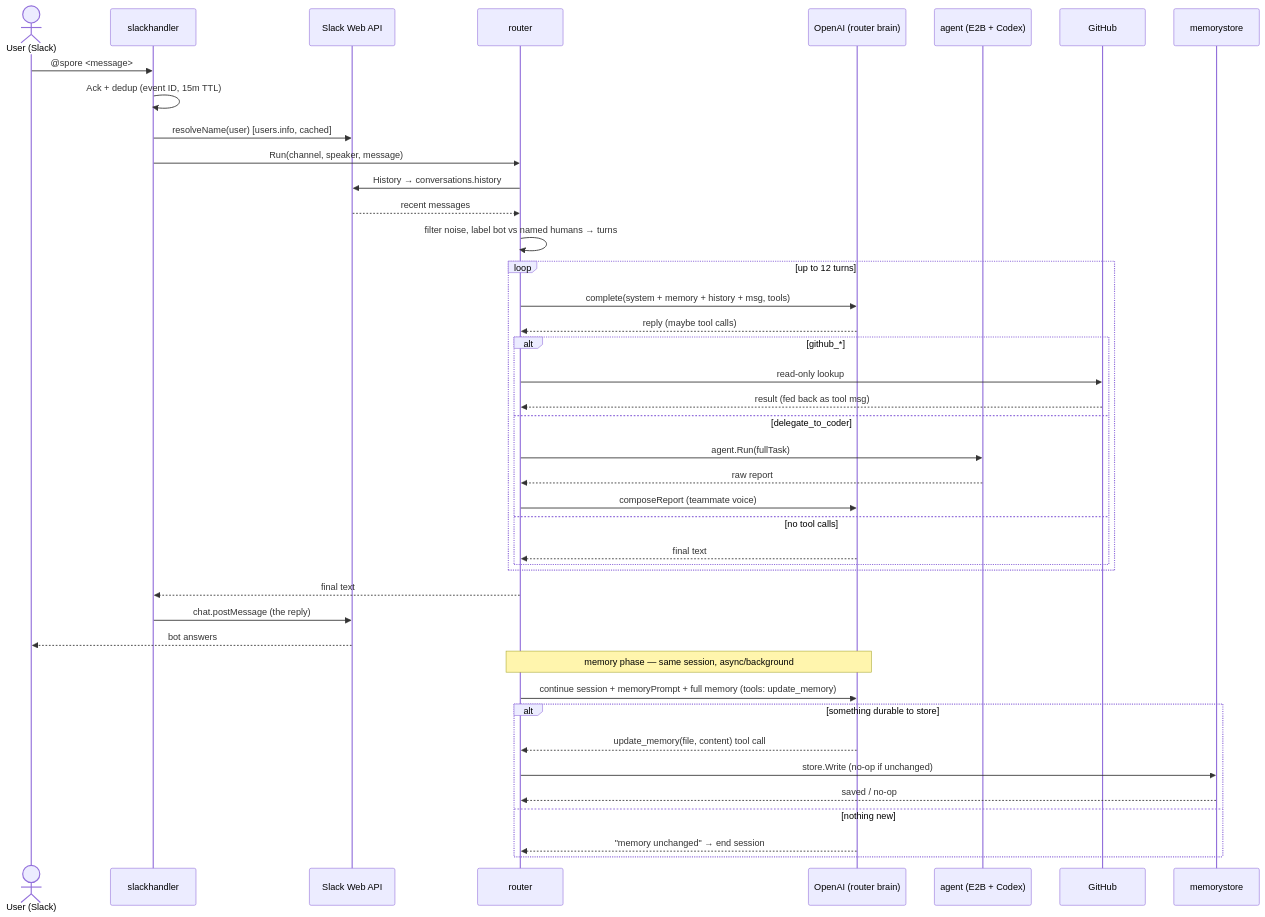
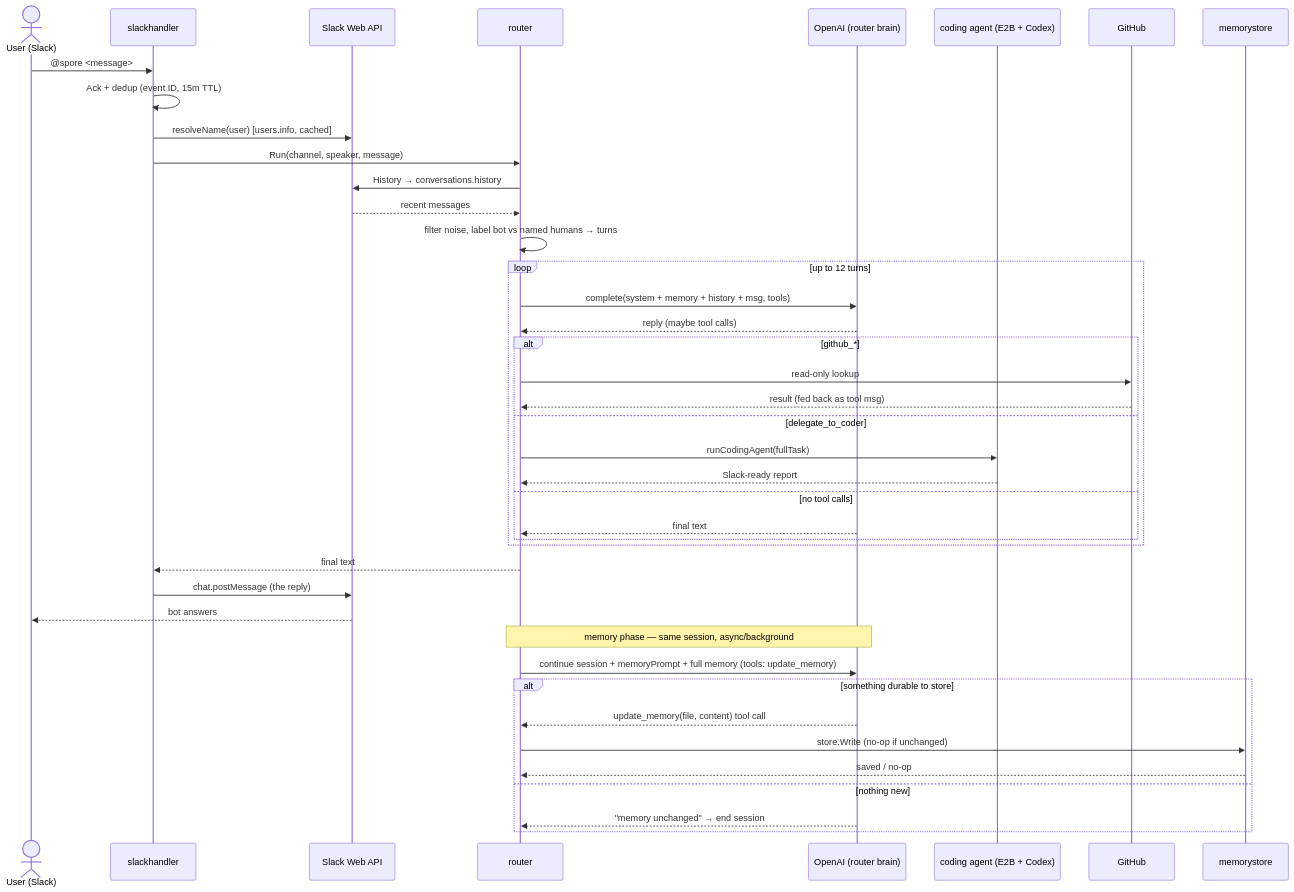
One commit to hetsaraiya/spores changed the second of 5 diagrams in ARCHITECTURE.md. Above: the diagram before and after it, drawn with Mermaid. The commit also changed other lines of this file and 10 other files, not shown here.

````diff
--- a/ARCHITECTURE.md
+++ b/ARCHITECTURE.md
@@ -42,45 +42,44 @@
 ```mermaid
 sequenceDiagram
     actor U as User (Slack)
     participant SH as slackhandler
     participant SL as Slack Web API
     participant RT as router
     participant OA as OpenAI (router brain)
-    participant AG as agent (E2B + Codex)
+    participant AG as coding agent (E2B + Codex)
     participant GH as GitHub
     participant MS as memorystore
 
     U->>SH: @spore <message>
     SH->>SH: Ack + dedup (event ID, 15m TTL)
     SH->>SL: resolveName(user) [users.info, cached]
     SH->>RT: Run(channel, speaker, message)
     RT->>SL: History → conversations.history
     SL-->>RT: recent messages
     RT->>RT: filter noise, label bot vs named humans → turns
     loop up to 12 turns
         RT->>OA: complete(system + memory + history + msg, tools)
         OA-->>RT: reply (maybe tool calls)
         alt github_*
             RT->>GH: read-only lookup
             GH-->>RT: result (fed back as tool msg)
         else delegate_to_coder
-            RT->>AG: agent.Run(fullTask)
-            AG-->>RT: raw report
-            RT->>OA: composeReport (teammate voice)
+            RT->>AG: runCodingAgent(fullTask)
+            AG-->>RT: Slack-ready report
         else no tool calls
             OA-->>RT: final text
         end
     end
     RT-->>SH: final text
     SH->>SL: chat.postMessage (the reply)
     SL-->>U: bot answers
     note over RT,OA: memory phase — same session, async/background
     RT->>OA: continue session + memoryPrompt + full memory (tools: update_memory)
     alt something durable to store
         OA-->>RT: update_memory(file, content) tool call
         RT->>MS: store.Write (no-op if unchanged)
         MS-->>RT: saved / no-op
     else nothing new
         OA-->>RT: "memory unchanged" → end session
     end
 ```
````
